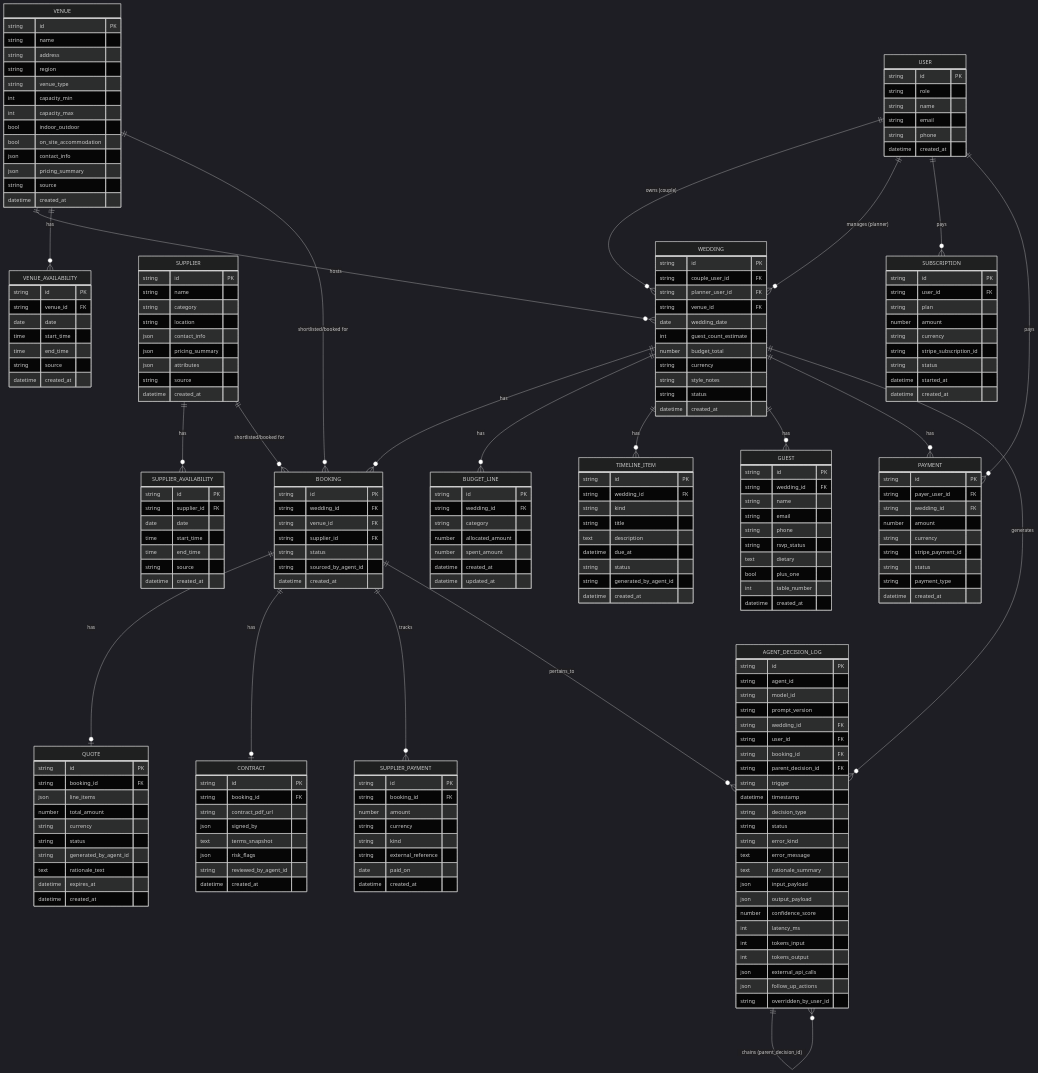
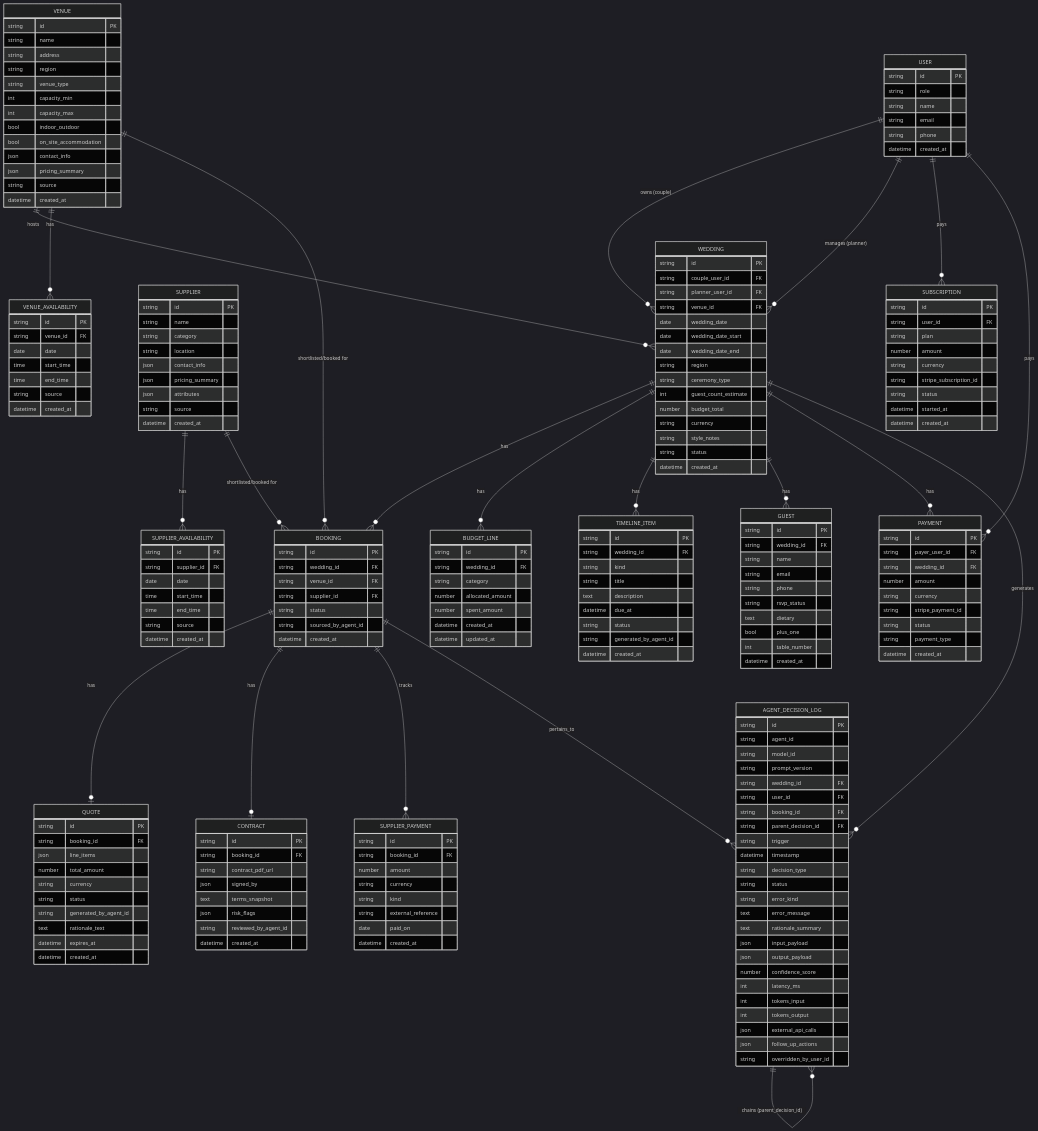
Before and after one commit to abbieburton4-ux/AI-Wedding-Coordinator-: the diagram in docs/ERD.md, drawn with Mermaid (dark theme). The commit also changed other lines of this file and 10 other files, not shown here.

```diff
--- a/docs/ERD.md
+++ b/docs/ERD.md
@@ -20,6 +20,10 @@
     string planner_user_id FK
     string venue_id FK
     date wedding_date
+    date wedding_date_start
+    date wedding_date_end
+    string region
+    string ceremony_type
     int guest_count_estimate
     number budget_total
     string currency
```
